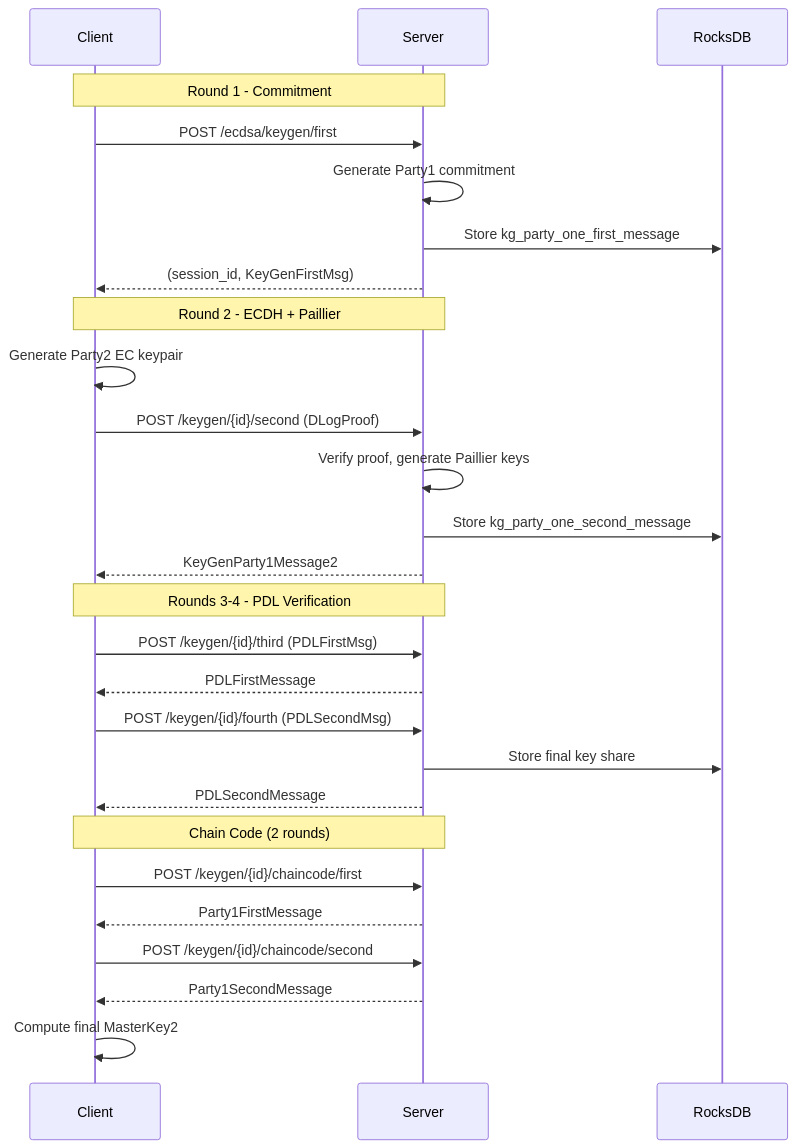
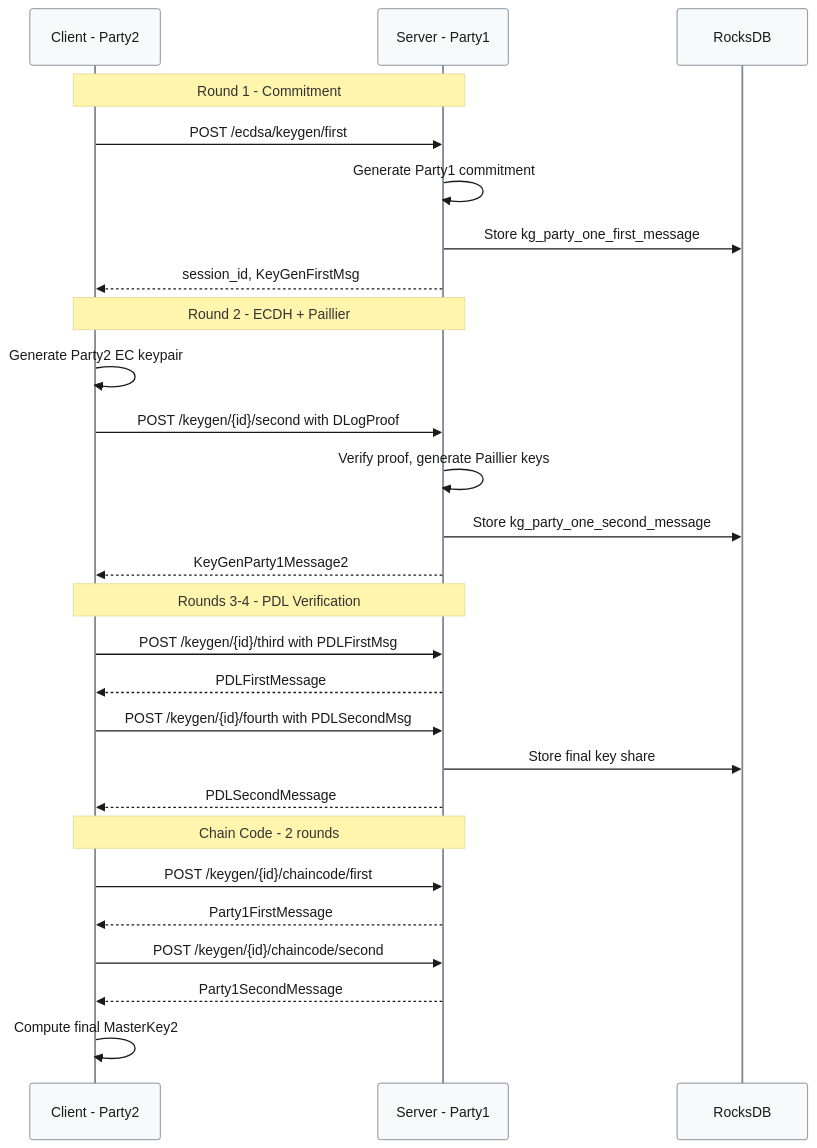
The first of 4 diagrams in wiki/Implementation.md (ljg-cqu/ZenGo-X-gotham-city), drawn with Mermaid before and after one commit. The commit also changed other lines of this file and 41 other files, not shown here.

````diff
--- a/wiki/Implementation.md
+++ b/wiki/Implementation.md
@@ -10,33 +10,34 @@
 ```mermaid
+%%{init: {"theme": "base", "themeVariables": {"primaryColor": "#f8f9fa", "primaryTextColor": "#1a1a1a", "primaryBorderColor": "#7a8591", "lineColor": "#8897a8", "secondaryColor": "#eff6fb", "tertiaryColor": "#f3f5f7"}}}%%
 sequenceDiagram
-    participant C as Client
-    participant S as Server
+    participant C as Client - Party2
+    participant S as Server - Party1
     participant DB as RocksDB
     
     Note over C,S: Round 1 - Commitment
     C->>S: POST /ecdsa/keygen/first
     S->>S: Generate Party1 commitment
     S->>DB: Store kg_party_one_first_message
-    S-->>C: (session_id, KeyGenFirstMsg)
+    S-->>C: session_id, KeyGenFirstMsg
     
     Note over C,S: Round 2 - ECDH + Paillier
     C->>C: Generate Party2 EC keypair
-    C->>S: POST /keygen/{id}/second (DLogProof)
+    C->>S: POST /keygen/{id}/second with DLogProof
     S->>S: Verify proof, generate Paillier keys
     S->>DB: Store kg_party_one_second_message
     S-->>C: KeyGenParty1Message2
     
     Note over C,S: Rounds 3-4 - PDL Verification
-    C->>S: POST /keygen/{id}/third (PDLFirstMsg)
+    C->>S: POST /keygen/{id}/third with PDLFirstMsg
     S-->>C: PDLFirstMessage
-    C->>S: POST /keygen/{id}/fourth (PDLSecondMsg)
+    C->>S: POST /keygen/{id}/fourth with PDLSecondMsg
     S->>DB: Store final key share
     S-->>C: PDLSecondMessage
     
-    Note over C,S: Chain Code (2 rounds)
+    Note over C,S: Chain Code - 2 rounds
     C->>S: POST /keygen/{id}/chaincode/first
     S-->>C: Party1FirstMessage
     C->>S: POST /keygen/{id}/chaincode/second
     S-->>C: Party1SecondMessage
     C->>C: Compute final MasterKey2
 ```
````
